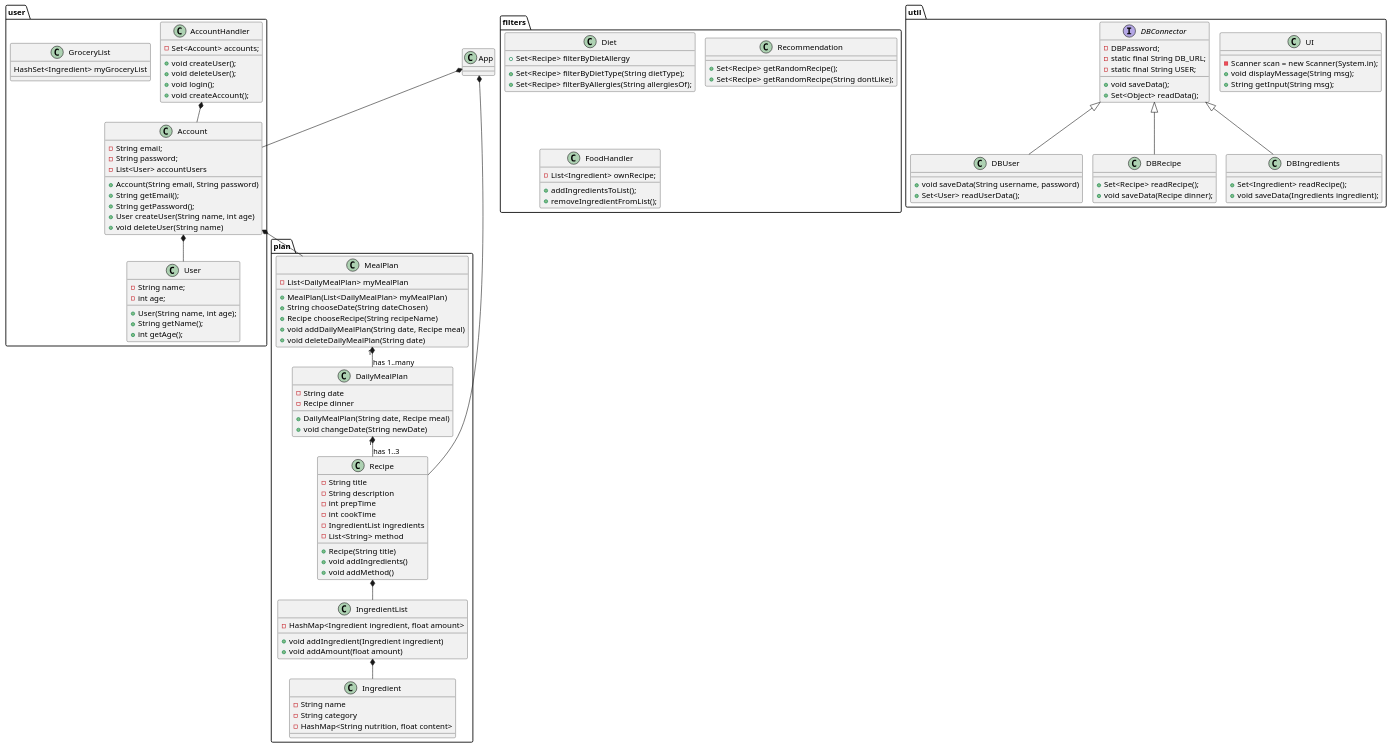
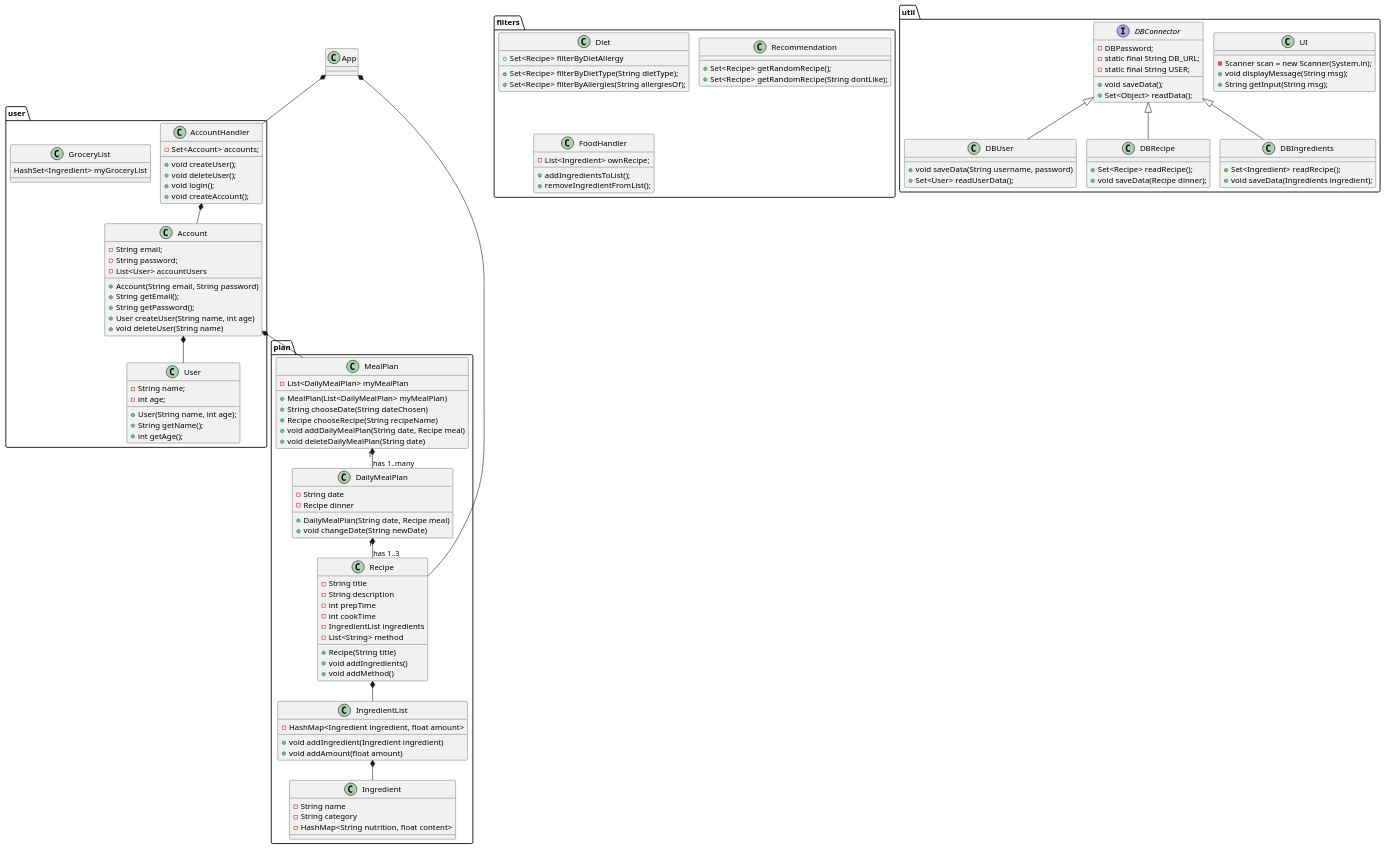
One commit to lassekh/ICE changed the diagram in Documents/Class Diagram.puml. Above: the diagram before and after it, drawn with PlantUML. The commit also changed 24 other files, not shown here.

```diff
--- a/Documents/Class Diagram.puml
+++ b/Documents/Class Diagram.puml
@@ -1,137 +1,137 @@
 @startuml
 'https://plantuml.com/class-diagram
 !pragma layout smetana
 
 class App
 
 package "user"{
 class Account
 class AccountHandler
 class User
 class GroceryList
 }
 
 package "plan"{
 class MealPlan
 class DailyMealPlan
 class Recipe
 class IngredientList
 class Ingredient
 }
 
 package "filters"{
 class Diet
 class Recommendation
 class FoodHandler
 }
 
 package "util"{
 class UI
 interface DBConnector
 class DBUser
 class DBRecipe
 class DBIngredients
 }
 
 'Label on relations
-App *-- Account
+App *-- AccountHandler
 App *-- Recipe
 AccountHandler *-- Account
 Account *-- User
 Account *-- MealPlan
 MealPlan "1" *-- "has 1..many" DailyMealPlan
 DailyMealPlan "1" *-- "has 1..3" Recipe
 Recipe *-- IngredientList
 IngredientList *-- Ingredient
 DBConnector <|-- DBUser
 DBConnector <|-- DBRecipe
 DBConnector <|-- DBIngredients
 
 'Methods and attributes
 Account : - String email;
 Account : - String password;
 Account : - List<User> accountUsers
 Account : + Account(String email, String password)
 Account : + String getEmail();
 Account : + String getPassword();
 Account : + User createUser(String name, int age)
 Account : + void deleteUser(String name)
 
 AccountHandler : + void createUser();
 AccountHandler : + void deleteUser();
 AccountHandler : + void login();
 AccountHandler : + void createAccount();
 AccountHandler : - Set<Account> accounts;
 
 User : - String name;
 User : - int age;
 User : + User(String name, int age);
 User : + String getName();
 User : + int getAge();
 
 MealPlan : - List<DailyMealPlan> myMealPlan
 MealPlan : + MealPlan(List<DailyMealPlan> myMealPlan)
 MealPlan : + String chooseDate(String dateChosen)
 MealPlan : + Recipe chooseRecipe(String recipeName)
 MealPlan : + void addDailyMealPlan(String date, Recipe meal)
 MealPlan : + void deleteDailyMealPlan(String date)
 
 DailyMealPlan : - String date
 DailyMealPlan : - Recipe dinner
 DailyMealPlan : + DailyMealPlan(String date, Recipe meal)
 DailyMealPlan : + void changeDate(String newDate)
 
 Recipe : - String title
 Recipe : - String description
 Recipe : - int prepTime
 Recipe : - int cookTime
 Recipe : - IngredientList ingredients
 Recipe : - List<String> method
 Recipe : + Recipe(String title)
 Recipe : + void addIngredients()
 Recipe : + void addMethod()
 
 IngredientList : - HashMap<Ingredient ingredient, float amount>
 IngredientList : + void addIngredient(Ingredient ingredient)
 IngredientList : + void addAmount(float amount)
 
 Ingredient : - String name
 Ingredient : - String category
 Ingredient : - HashMap<String nutrition, float content>
 
 GroceryList : HashSet<Ingredient> myGroceryList
 
 UI : - Scanner scan = new Scanner(System.in);
 UI : + void displayMessage(String msg);
 UI : + String getInput(String msg);
 
 DBConnector : - DBPassword;
 DBConnector : - static final String DB_URL;
 DBConnector : - static final String USER;
 DBConnector : + void saveData();
 DBConnector : + Set<Object> readData();
 
 DBUser : + void saveData(String username, password)
 DBUser : + Set<User> readUserData();
 
 DBRecipe : + Set<Recipe> readRecipe();
 DBRecipe : + void saveData(Recipe dinner);
 
 DBIngredients : + Set<Ingredient> readRecipe();
 DBIngredients : + void saveData(Ingredients ingredient);
 
 Diet : + Set<Recipe> filterByDietType(String dietType);
 Diet : + Set<Recipe> filterByAllergies(String allergiesOf);
 Diet : + Set<Recipe> filterByDietAllergy
 
 Recommendation : + Set<Recipe> getRandomRecipe();
 Recommendation : + Set<Recipe> getRandomRecipe(String dontLike);
 
 FoodHandler : - List<Ingredient> ownRecipe;
 FoodHandler : + addIngredientsToList();
 FoodHandler : + removeIngredientFromList();
 'User *-- Grocerylist
 'Recipe *-- Diet
 'Recipe *-- DBConnector
 'Ingredient *-- DBConnector
 @enduml
```
